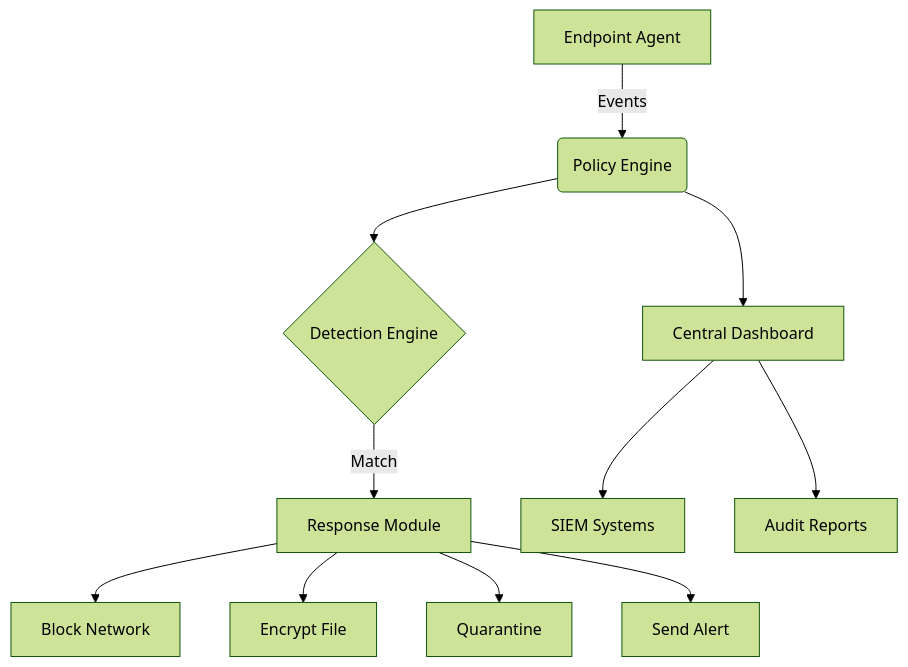
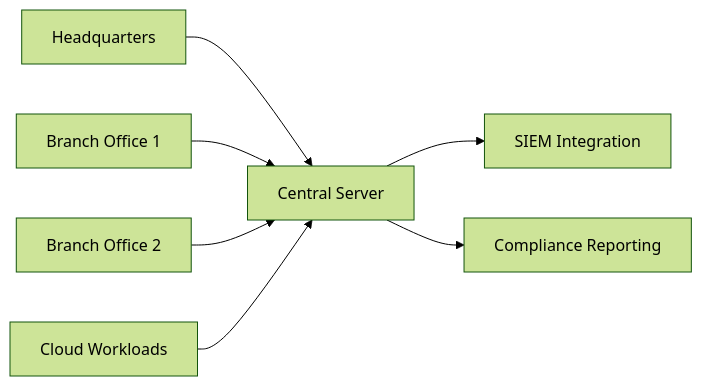
Before and after one commit to sarat1kyan/fentinel: the third of 3 diagrams in README.md, drawn with Mermaid (forest theme). The commit also changed other lines of this file, not shown here.

````diff
--- a/README.md
+++ b/README.md
@@ -526,13 +301,9 @@
 ```mermaid
-graph TD
-    A[Endpoint Agent] -->|Events| B(Policy Engine)
-    B --> C{Detection Engine}
-    C -->|Match| D[Response Module]
-    D --> E[Block Network]
-    D --> F[Encrypt File]
-    D --> G[Quarantine]
-    D --> H[Send Alert]
-    B --> I[Central Dashboard]
-    I --> J[SIEM Systems]
-    I --> K[Audit Reports]
+graph LR
+    A[Headquarters] --> B[Central Server]
+    C[Branch Office 1] --> B
+    D[Branch Office 2] --> B
+    E[Cloud Workloads] --> B
+    B --> F[SIEM Integration]
+    B --> G[Compliance Reporting]
 ```
````
